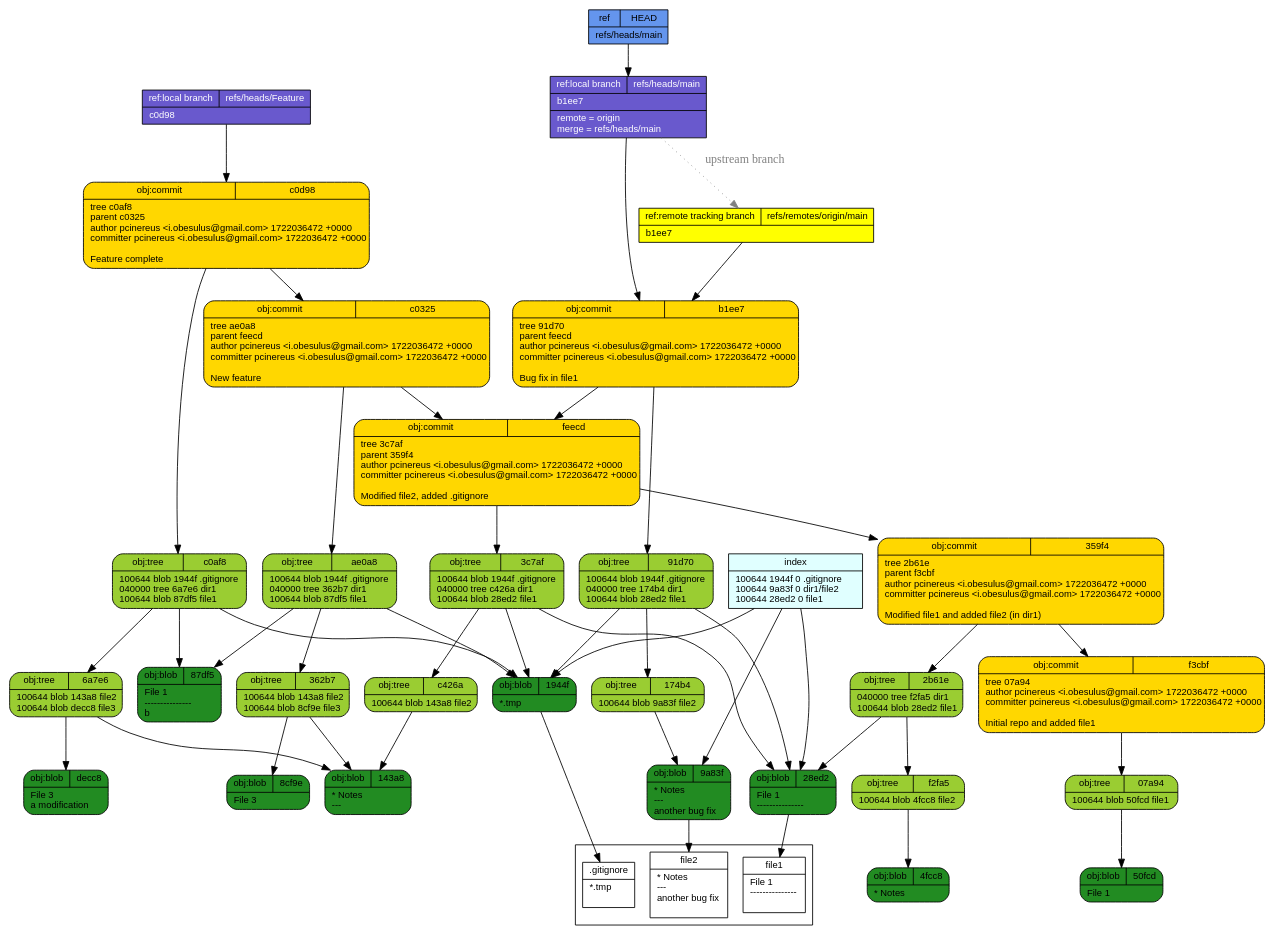
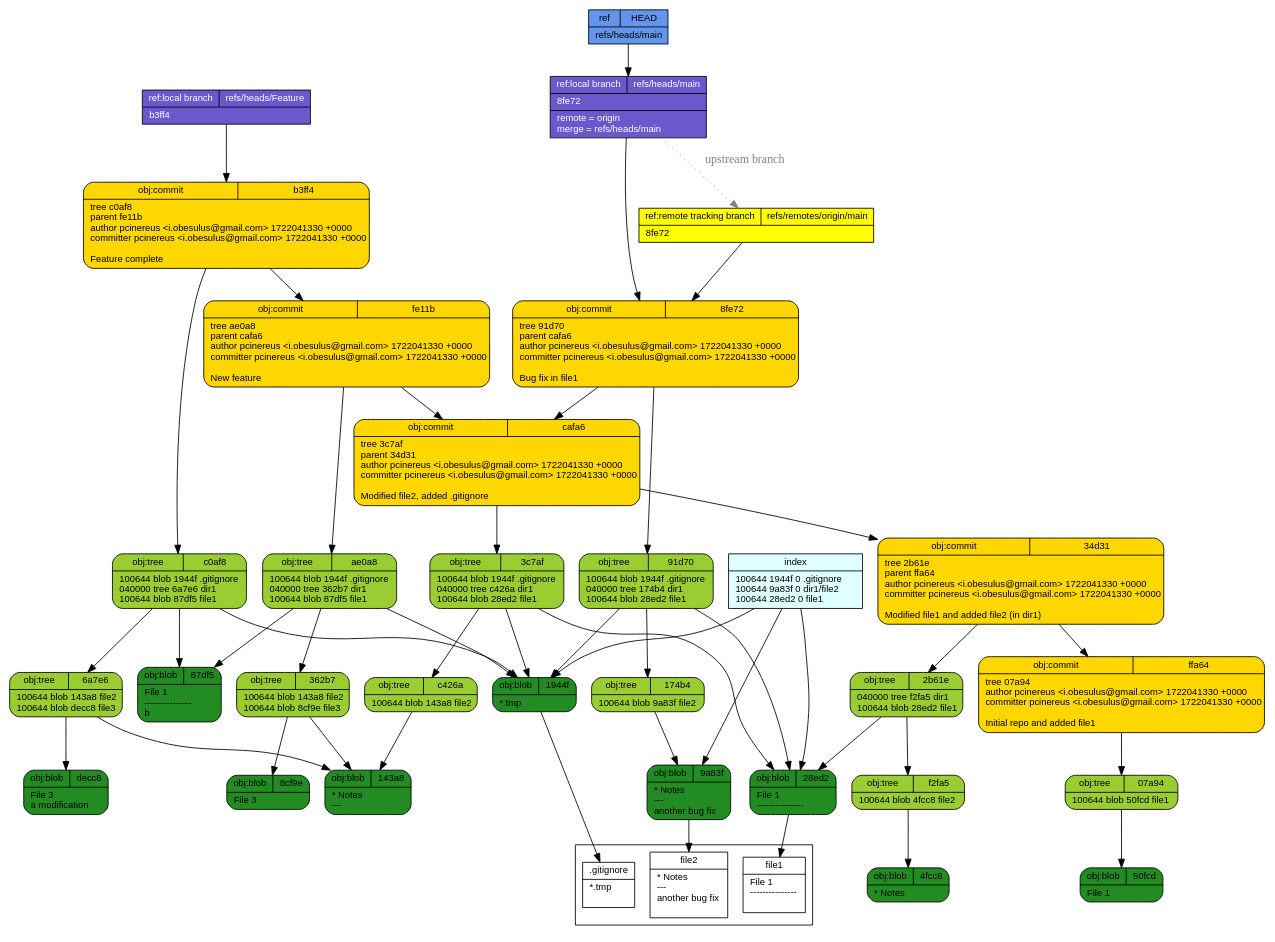
Before and after one commit to pcinereus/SUYRs_documents: the diagram in tut/git-draw.dot, drawn with Graphviz. The commit also changed 941 other files, not shown here.

```diff
--- a/tut/git-draw.dot
+++ b/tut/git-draw.dot
@@ -1,57 +1,57 @@
 digraph structs {
   node [shape=record,fontsize=11,fontname="arial"];
   rankdir="TB";
   _decc8 [fillcolor="forestgreen", style="filled,rounded", label="{{obj:blob|decc8}|File\ 3\l\ a\ modification\l}"]  _91d70 [fillcolor="yellowgreen", style="filled,rounded", label="{{obj:tree|91d70}|100644\ blob\ 1944f\	\.gitignore\l040000\ tree\ 174b4\	dir1\l100644\ blob\ 28ed2\	file1\l}"]  _91d70 -> _1944f
   _91d70 -> _174b4
   _91d70 -> _28ed2
   _8cf9e [fillcolor="forestgreen", style="filled,rounded", label="{{obj:blob|8cf9e}|File\ 3\l}"]  _9a83f [fillcolor="forestgreen", style="filled,rounded", label="{{obj:blob|9a83f}|\*\ Notes\l\-\-\-\l\ another\ bug\ fix\l}"]  _50fcd [fillcolor="forestgreen", style="filled,rounded", label="{{obj:blob|50fcd}|File\ 1\l}"]  _143a8 [fillcolor="forestgreen", style="filled,rounded", label="{{obj:blob|143a8}|\*\ Notes\l\-\-\-\l}"]  _ae0a8 [fillcolor="yellowgreen", style="filled,rounded", label="{{obj:tree|ae0a8}|100644\ blob\ 1944f\	\.gitignore\l040000\ tree\ 362b7\	dir1\l100644\ blob\ 87df5\	file1\l}"]  _ae0a8 -> _1944f
   _ae0a8 -> _362b7
   _ae0a8 -> _87df5
-  _87df5 [fillcolor="forestgreen", style="filled,rounded", label="{{obj:blob|87df5}|File\ 1\l\-\-\-\-\-\-\-\-\-\-\-\-\-\-\-\lb\l}"]  _f3cbf [fillcolor="gold", style="filled,rounded", label="{{obj:commit|f3cbf}|tree\ 07a94\lauthor\ pcinereus\ \<i\.obesulus\@gmail\.com\>\ 1722036472\ \+0000\lcommitter\ pcinereus\ \<i\.obesulus\@gmail\.com\>\ 1722036472\ \+0000\l\lInitial\ repo\ and\ added\ file1\l}"]  _f3cbf -> _07a94
+  _87df5 [fillcolor="forestgreen", style="filled,rounded", label="{{obj:blob|87df5}|File\ 1\l\-\-\-\-\-\-\-\-\-\-\-\-\-\-\-\lb\l}"]  _8fe72 [fillcolor="gold", style="filled,rounded", label="{{obj:commit|8fe72}|tree\ 91d70\lparent\ cafa6\lauthor\ pcinereus\ \<i\.obesulus\@gmail\.com\>\ 1722041330\ \+0000\lcommitter\ pcinereus\ \<i\.obesulus\@gmail\.com\>\ 1722041330\ \+0000\l\lBug\ fix\ in\ file1\l}"]  _8fe72 -> _91d70
+  _8fe72 -> _cafa6
   _1944f [fillcolor="forestgreen", style="filled,rounded", label="{{obj:blob|1944f}|\*\.tmp\l}"]  _3c7af [fillcolor="yellowgreen", style="filled,rounded", label="{{obj:tree|3c7af}|100644\ blob\ 1944f\	\.gitignore\l040000\ tree\ c426a\	dir1\l100644\ blob\ 28ed2\	file1\l}"]  _3c7af -> _1944f
   _3c7af -> _c426a
   _3c7af -> _28ed2
   _c0af8 [fillcolor="yellowgreen", style="filled,rounded", label="{{obj:tree|c0af8}|100644\ blob\ 1944f\	\.gitignore\l040000\ tree\ 6a7e6\	dir1\l100644\ blob\ 87df5\	file1\l}"]  _c0af8 -> _1944f
   _c0af8 -> _6a7e6
   _c0af8 -> _87df5
-  _c0d98 [fillcolor="gold", style="filled,rounded", label="{{obj:commit|c0d98}|tree\ c0af8\lparent\ c0325\lauthor\ pcinereus\ \<i\.obesulus\@gmail\.com\>\ 1722036472\ \+0000\lcommitter\ pcinereus\ \<i\.obesulus\@gmail\.com\>\ 1722036472\ \+0000\l\lFeature\ complete\l}"]  _c0d98 -> _c0af8
-  _c0d98 -> _c0325
-  _c0325 [fillcolor="gold", style="filled,rounded", label="{{obj:commit|c0325}|tree\ ae0a8\lparent\ feecd\lauthor\ pcinereus\ \<i\.obesulus\@gmail\.com\>\ 1722036472\ \+0000\lcommitter\ pcinereus\ \<i\.obesulus\@gmail\.com\>\ 1722036472\ \+0000\l\lNew\ feature\l}"]  _c0325 -> _ae0a8
-  _c0325 -> _feecd
   _07a94 [fillcolor="yellowgreen", style="filled,rounded", label="{{obj:tree|07a94}|100644\ blob\ 50fcd\	file1\l}"]  _07a94 -> _50fcd
   _362b7 [fillcolor="yellowgreen", style="filled,rounded", label="{{obj:tree|362b7}|100644\ blob\ 143a8\	file2\l100644\ blob\ 8cf9e\	file3\l}"]  _362b7 -> _143a8
   _362b7 -> _8cf9e
+  _cafa6 [fillcolor="gold", style="filled,rounded", label="{{obj:commit|cafa6}|tree\ 3c7af\lparent\ 34d31\lauthor\ pcinereus\ \<i\.obesulus\@gmail\.com\>\ 1722041330\ \+0000\lcommitter\ pcinereus\ \<i\.obesulus\@gmail\.com\>\ 1722041330\ \+0000\l\lModified\ file2\,\ added\ \.gitignore\l}"]  _cafa6 -> _3c7af
+  _cafa6 -> _34d31
   _6a7e6 [fillcolor="yellowgreen", style="filled,rounded", label="{{obj:tree|6a7e6}|100644\ blob\ 143a8\	file2\l100644\ blob\ decc8\	file3\l}"]  _6a7e6 -> _143a8
   _6a7e6 -> _decc8
-  _feecd [fillcolor="gold", style="filled,rounded", label="{{obj:commit|feecd}|tree\ 3c7af\lparent\ 359f4\lauthor\ pcinereus\ \<i\.obesulus\@gmail\.com\>\ 1722036472\ \+0000\lcommitter\ pcinereus\ \<i\.obesulus\@gmail\.com\>\ 1722036472\ \+0000\l\lModified\ file2\,\ added\ \.gitignore\l}"]  _feecd -> _3c7af
-  _feecd -> _359f4
-  _b1ee7 [fillcolor="gold", style="filled,rounded", label="{{obj:commit|b1ee7}|tree\ 91d70\lparent\ feecd\lauthor\ pcinereus\ \<i\.obesulus\@gmail\.com\>\ 1722036472\ \+0000\lcommitter\ pcinereus\ \<i\.obesulus\@gmail\.com\>\ 1722036472\ \+0000\l\lBug\ fix\ in\ file1\l}"]  _b1ee7 -> _91d70
-  _b1ee7 -> _feecd
+  _fe11b [fillcolor="gold", style="filled,rounded", label="{{obj:commit|fe11b}|tree\ ae0a8\lparent\ cafa6\lauthor\ pcinereus\ \<i\.obesulus\@gmail\.com\>\ 1722041330\ \+0000\lcommitter\ pcinereus\ \<i\.obesulus\@gmail\.com\>\ 1722041330\ \+0000\l\lNew\ feature\l}"]  _fe11b -> _ae0a8
+  _fe11b -> _cafa6
+  _ffa64 [fillcolor="gold", style="filled,rounded", label="{{obj:commit|ffa64}|tree\ 07a94\lauthor\ pcinereus\ \<i\.obesulus\@gmail\.com\>\ 1722041330\ \+0000\lcommitter\ pcinereus\ \<i\.obesulus\@gmail\.com\>\ 1722041330\ \+0000\l\lInitial\ repo\ and\ added\ file1\l}"]  _ffa64 -> _07a94
   _4fcc8 [fillcolor="forestgreen", style="filled,rounded", label="{{obj:blob|4fcc8}|\*\ Notes\l}"]  _f2fa5 [fillcolor="yellowgreen", style="filled,rounded", label="{{obj:tree|f2fa5}|100644\ blob\ 4fcc8\	file2\l}"]  _f2fa5 -> _4fcc8
-  _28ed2 [fillcolor="forestgreen", style="filled,rounded", label="{{obj:blob|28ed2}|File\ 1\l\-\-\-\-\-\-\-\-\-\-\-\-\-\-\-\l}"]  _2b61e [fillcolor="yellowgreen", style="filled,rounded", label="{{obj:tree|2b61e}|040000\ tree\ f2fa5\	dir1\l100644\ blob\ 28ed2\	file1\l}"]  _2b61e -> _f2fa5
+  _28ed2 [fillcolor="forestgreen", style="filled,rounded", label="{{obj:blob|28ed2}|File\ 1\l\-\-\-\-\-\-\-\-\-\-\-\-\-\-\-\l}"]  _b3ff4 [fillcolor="gold", style="filled,rounded", label="{{obj:commit|b3ff4}|tree\ c0af8\lparent\ fe11b\lauthor\ pcinereus\ \<i\.obesulus\@gmail\.com\>\ 1722041330\ \+0000\lcommitter\ pcinereus\ \<i\.obesulus\@gmail\.com\>\ 1722041330\ \+0000\l\lFeature\ complete\l}"]  _b3ff4 -> _c0af8
+  _b3ff4 -> _fe11b
+  _34d31 [fillcolor="gold", style="filled,rounded", label="{{obj:commit|34d31}|tree\ 2b61e\lparent\ ffa64\lauthor\ pcinereus\ \<i\.obesulus\@gmail\.com\>\ 1722041330\ \+0000\lcommitter\ pcinereus\ \<i\.obesulus\@gmail\.com\>\ 1722041330\ \+0000\l\lModified\ file1\ and\ added\ file2\ \(in\ dir1\)\l}"]  _34d31 -> _2b61e
+  _34d31 -> _ffa64
+  _2b61e [fillcolor="yellowgreen", style="filled,rounded", label="{{obj:tree|2b61e}|040000\ tree\ f2fa5\	dir1\l100644\ blob\ 28ed2\	file1\l}"]  _2b61e -> _f2fa5
   _2b61e -> _28ed2
-  _359f4 [fillcolor="gold", style="filled,rounded", label="{{obj:commit|359f4}|tree\ 2b61e\lparent\ f3cbf\lauthor\ pcinereus\ \<i\.obesulus\@gmail\.com\>\ 1722036472\ \+0000\lcommitter\ pcinereus\ \<i\.obesulus\@gmail\.com\>\ 1722036472\ \+0000\l\lModified\ file1\ and\ added\ file2\ \(in\ dir1\)\l}"]  _359f4 -> _2b61e
-  _359f4 -> _f3cbf
   _174b4 [fillcolor="yellowgreen", style="filled,rounded", label="{{obj:tree|174b4}|100644\ blob\ 9a83f\	file2\l}"]  _174b4 -> _9a83f
   _c426a [fillcolor="yellowgreen", style="filled,rounded", label="{{obj:tree|c426a}|100644\ blob\ 143a8\	file2\l}"]  _c426a -> _143a8
-  _refs___heads___Feature [style=filled, fillcolor=slateblue3, fontcolor = white,  label="{{ref:local branch|refs\/heads\/Feature}|c0d98\l}"]
-  _refs___heads___Feature -> _c0d98
+  _refs___heads___Feature [style=filled, fillcolor=slateblue3, fontcolor = white,  label="{{ref:local branch|refs\/heads\/Feature}|b3ff4\l}"]
+  _refs___heads___Feature -> _b3ff4
   _refs___heads___main -> _refs___remotes___origin___main [style=dotted, color=gray, fontcolor=gray, label="upstream branch"]
-  _refs___heads___main [style=filled, fillcolor=slateblue3, fontcolor = white,  label="{{ref:local branch|refs\/heads\/main}|b1ee7\l|remote\ \=\ origin\lmerge\ \=\ refs\/heads\/main\l}"]
-  _refs___heads___main -> _b1ee7
-  _refs___remotes___origin___main [style=filled, fillcolor=yellow, fontcolor = black,  label="{{ref:remote tracking branch|refs\/remotes\/origin\/main}|b1ee7\l}"]
-  _refs___remotes___origin___main -> _b1ee7
+  _refs___heads___main [style=filled, fillcolor=slateblue3, fontcolor = white,  label="{{ref:local branch|refs\/heads\/main}|8fe72\l|remote\ \=\ origin\lmerge\ \=\ refs\/heads\/main\l}"]
+  _refs___heads___main -> _8fe72
+  _refs___remotes___origin___main [style=filled, fillcolor=yellow, fontcolor = black,  label="{{ref:remote tracking branch|refs\/remotes\/origin\/main}|8fe72\l}"]
+  _refs___remotes___origin___main -> _8fe72
   _HEAD [style=filled, fillcolor=cornflowerblue, fontcolor=black,  label="{{ref|HEAD}|refs\/heads\/main\l}"]
   _HEAD -> _refs___heads___main
   index -> _1944f
   index -> _9a83f
   index -> _28ed2
   index [style=filled, fillcolor=lightcyan, label="{{index}|100644\ 1944f\ 0\	\.gitignore\l100644\ 9a83f\ 0\	dir1\/file2\l100644\ 28ed2\ 0\	file1\l}"]
 subgraph cluster_1 {rank=sink  _gitignore [fillcolor="white", label="{{.gitignore}|*.tmp\l\l}"] 
   _file2 [fillcolor="white", label="{{file2}|* Notes\l---\l another bug fix\l\l}"] 
   _file1 [fillcolor="white", label="{{file1}|File 1\l---------------\l\l}"] 
 }
  _1944f -> _gitignore
  _9a83f -> _file2
  _28ed2 -> _file1
 }
```
